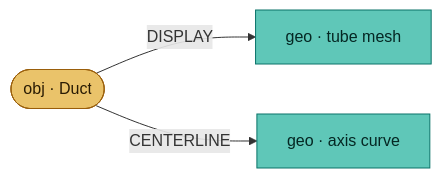
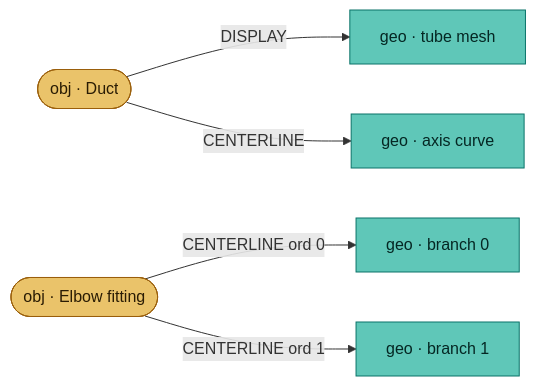
One commit to specklesystems/speckle-sharp-connectors changed diagram 14 of 18 in docs/connector-relations.md. Above: the diagram before and after it, drawn with Mermaid. The commit also changed other lines of this file, not shown here.

Commit message:
docs: CENTERLINE covers fitting connector branches

````diff
--- a/docs/connector-relations.md
+++ b/docs/connector-relations.md
@@ -411,10 +411,15 @@
 ```mermaid
 graph LR
   DU([obj · Duct]):::obj
   SH[geo · tube mesh]:::geo
   AX[geo · axis curve]:::geo
   DU -->|DISPLAY| SH
   DU -->|CENTERLINE| AX
+  EL([obj · Elbow fitting]):::obj
+  B0[geo · branch 0]:::geo
+  B1[geo · branch 1]:::geo
+  EL -->|CENTERLINE ord 0| B0
+  EL -->|CENTERLINE ord 1| B1
   classDef obj fill:#eac36a,stroke:#9a5f0c,color:#2a1c04;
   classDef geo fill:#5fc7b8,stroke:#0a7369,color:#052723;
 ```
````
